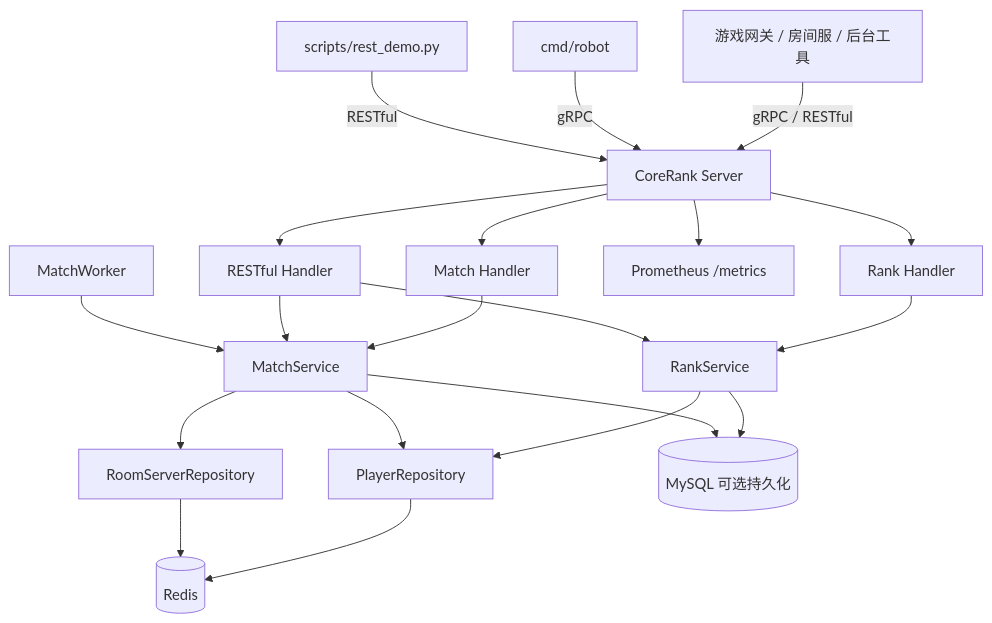
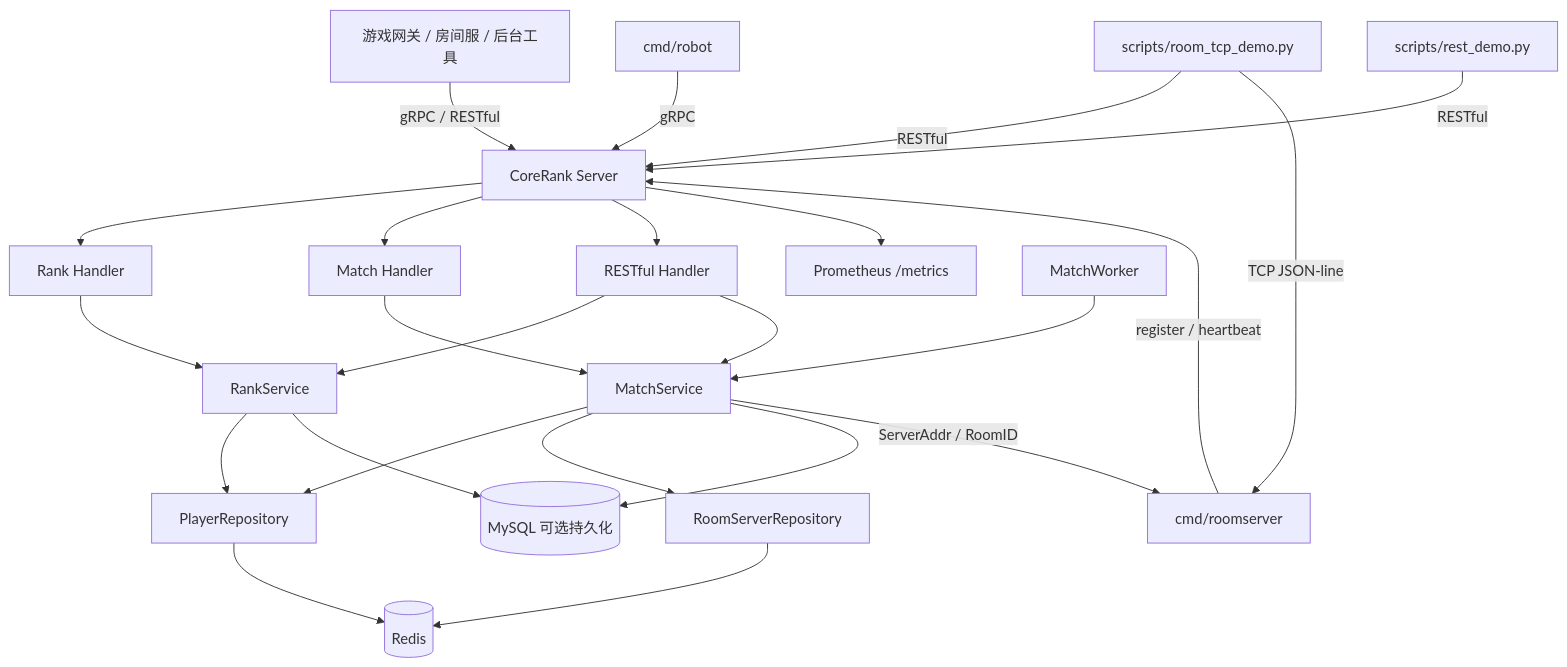
Before and after one commit to jingjie2002/CoreRank: the diagram in docs/architecture.md, drawn with Mermaid. The commit also changed other lines of this file and 12 other files, not shown here.

Commit message:
feat: add tcp roomserver demo

````diff
--- a/docs/architecture.md
+++ b/docs/architecture.md
@@ -13,26 +13,30 @@
 ```mermaid
 graph TB
     Gateway["游戏网关 / 房间服 / 后台工具"] -->|"gRPC / RESTful"| Server["CoreRank Server"]
     Robot["cmd/robot"] -->|"gRPC"| Server
     Demo["scripts/rest_demo.py"] -->|"RESTful"| Server
+    TCPDemo["scripts/room_tcp_demo.py"] -->|"RESTful"| Server
+    TCPDemo -->|"TCP JSON-line"| RoomServer["cmd/roomserver"]
+    RoomServer -->|"register / heartbeat"| Server
 
     Server --> RankHandler["Rank Handler"]
     Server --> MatchHandler["Match Handler"]
     Server --> HTTPHandler["RESTful Handler"]
     Server --> Metrics["Prometheus /metrics"]
 
     RankHandler --> RankService["RankService"]
     HTTPHandler --> RankService
     MatchHandler --> MatchService["MatchService"]
     HTTPHandler --> MatchService
 
     RankService --> RedisRepo["PlayerRepository"]
     MatchService --> RedisRepo
     MatchService --> RoomServerRepo["RoomServerRepository"]
     MatchWorker["MatchWorker"] --> MatchService
 
     RedisRepo --> Redis[("Redis")]
     RoomServerRepo --> Redis
     RankService --> MySQL[("MySQL 可选持久化")]
     MatchService --> MySQL
+    MatchService -->|"ServerAddr / RoomID"| RoomServer
 ```
````
